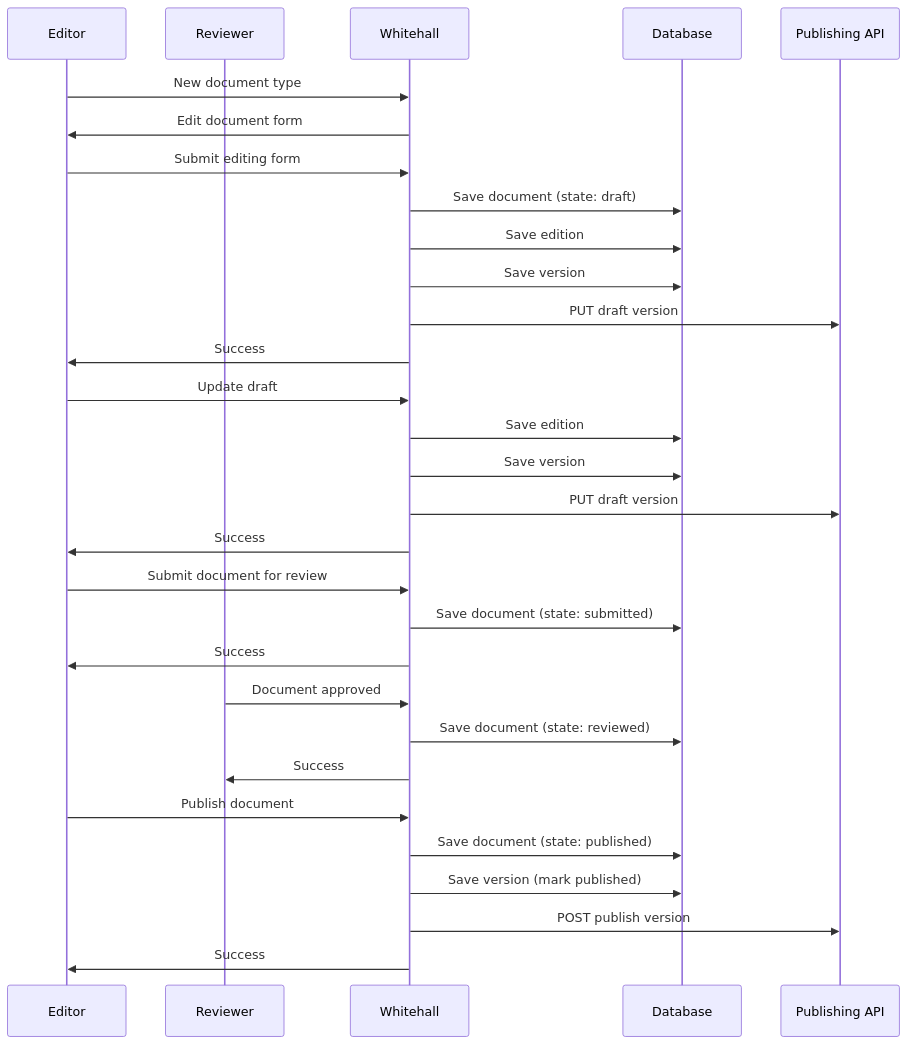
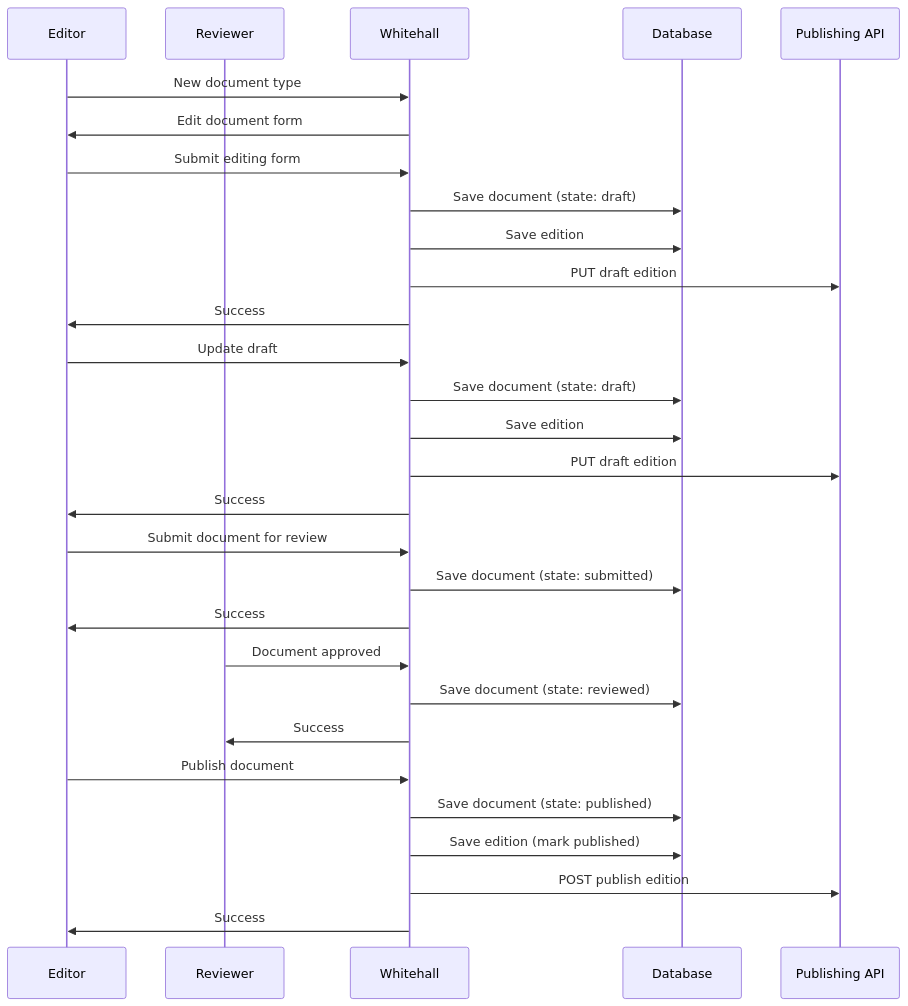
One commit to alphagov/whitehall changed the diagram in docs/adr/0003-introduce-reusable-content-items/document-lifecycle-sequence.mmd. Above: the diagram before and after it, drawn with Mermaid. The commit also changed 1 other file, not shown here.

Commit message:
Update missed instances of version to edition

```diff
--- a/docs/adr/0003-introduce-reusable-content-items/document-lifecycle-sequence.mmd
+++ b/docs/adr/0003-introduce-reusable-content-items/document-lifecycle-sequence.mmd
@@ -1,30 +1,29 @@
 sequenceDiagram
     participant Editor
     participant Reviewer
     participant Whitehall
     participant Database
     participant Publishing API
     Editor->>Whitehall: New document type
     Whitehall->>Editor: Edit document form
     Editor->>Whitehall: Submit editing form
     Whitehall->>Database: Save document (state: draft)
     Whitehall->>Database: Save edition
-    Whitehall->>Database: Save version
-    Whitehall->>Publishing API: PUT draft version
+    Whitehall->>Publishing API: PUT draft edition
     Whitehall->>Editor: Success
     Editor->>Whitehall: Update draft
+    Whitehall->>Database: Save document (state: draft)
     Whitehall->>Database: Save edition
-    Whitehall->>Database: Save version
-    Whitehall->>Publishing API: PUT draft version
+    Whitehall->>Publishing API: PUT draft edition
     Whitehall->>Editor: Success
     Editor->>Whitehall: Submit document for review
     Whitehall->>Database: Save document (state: submitted)
     Whitehall->>Editor: Success
     Reviewer->>Whitehall: Document approved
     Whitehall->>Database: Save document (state: reviewed)
     Whitehall->>Reviewer: Success
     Editor->>Whitehall: Publish document
     Whitehall->>Database: Save document (state: published)
-    Whitehall->>Database: Save version (mark published)
-    Whitehall->>Publishing API: POST publish version
+    Whitehall->>Database: Save edition (mark published)
+    Whitehall->>Publishing API: POST publish edition
     Whitehall->>Editor: Success
```
